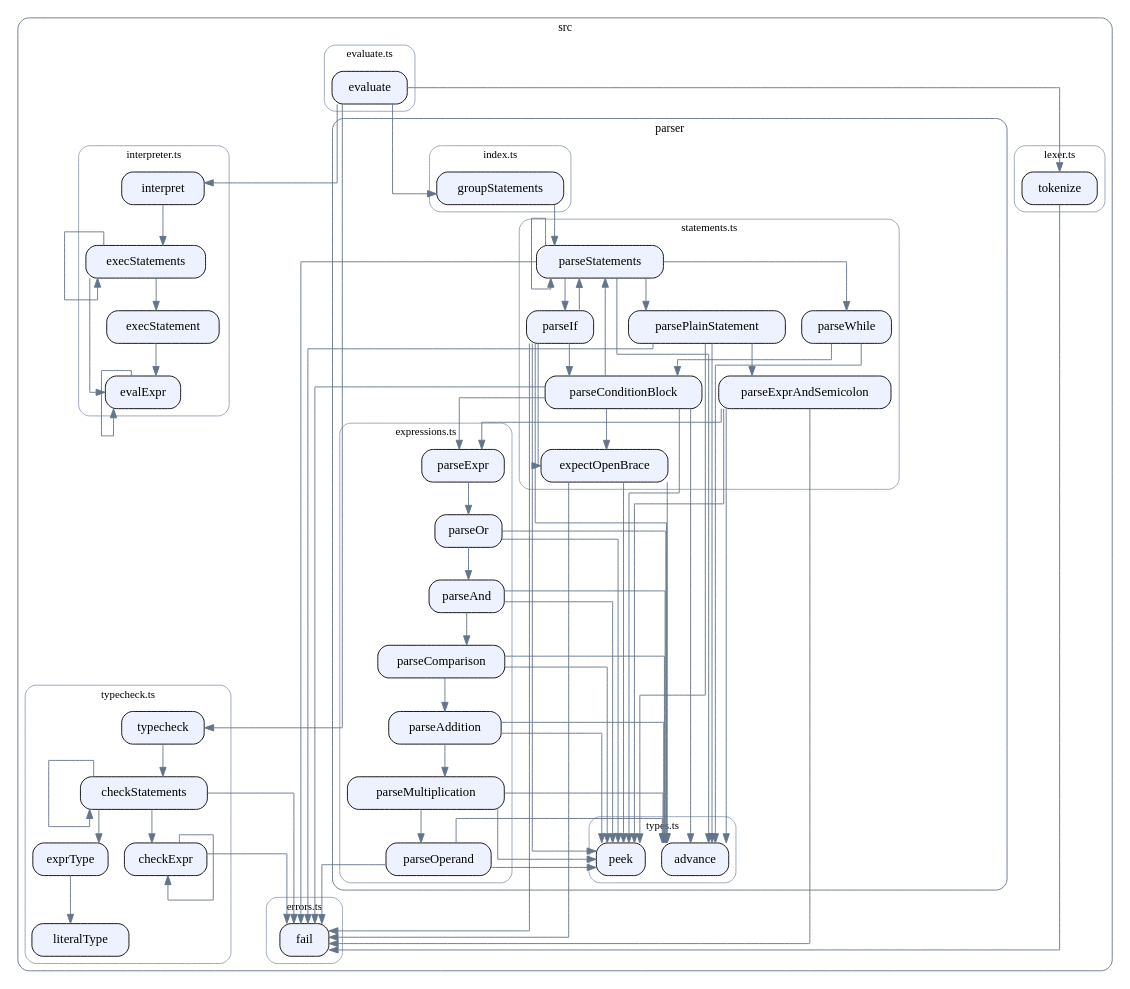
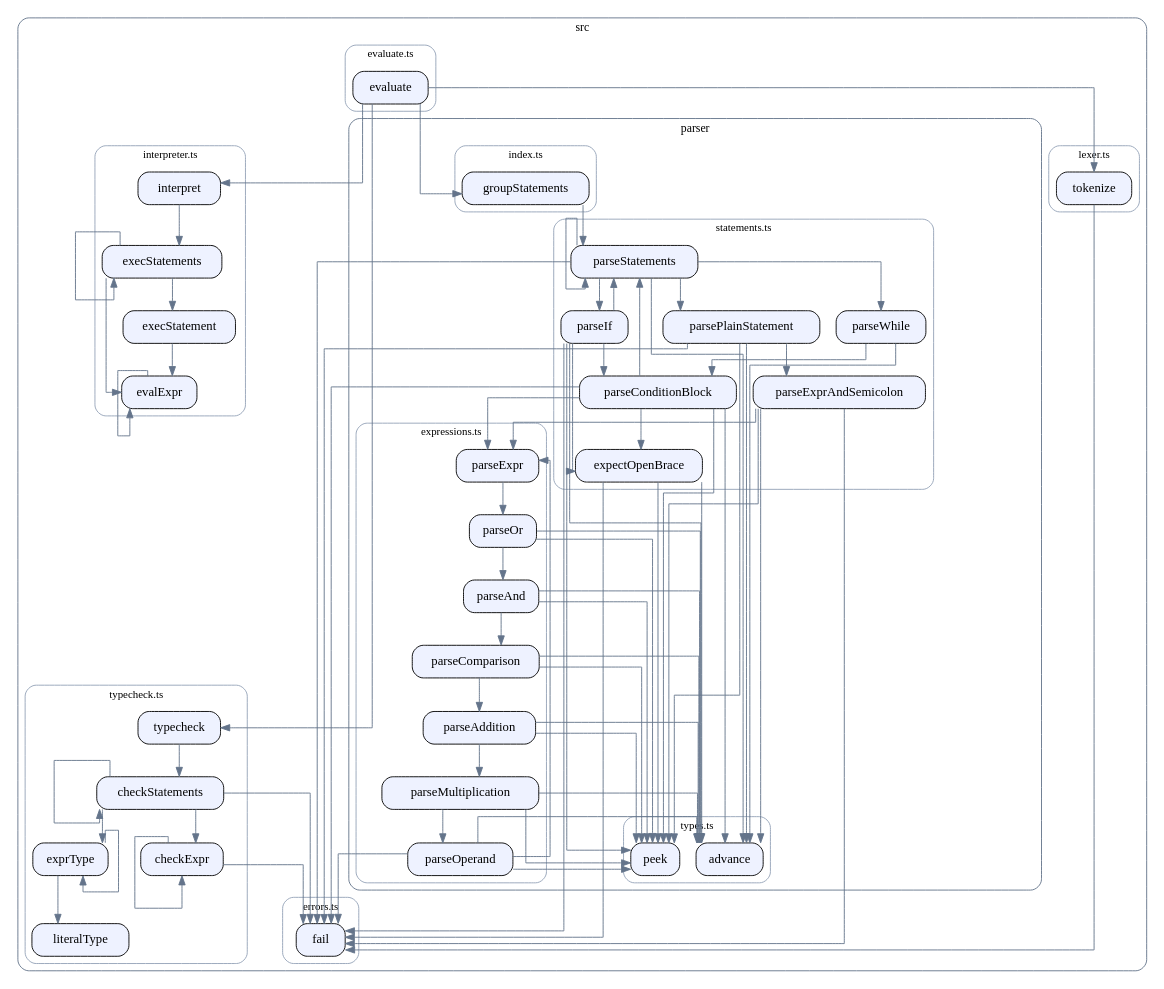
The diagram in docs/callgraph.dot (SirMathhman/Tuff), drawn with Graphviz before and after one commit. The commit also changed 7 other files, not shown here.

```diff
--- a/docs/callgraph.dot
+++ b/docs/callgraph.dot
@@ -1,182 +1,184 @@
 digraph tuff {
   rankdir=TB;
   splines=ortho;
   node [shape=box, style="rounded,filled", fillcolor="#eef2ff", fontname="Consolas"];
   edge [color="#64748b"];
   subgraph "cluster_dir_src" {
     style="rounded";
     color="#64748b";
     fontname="Consolas";
     fontsize=13;
     label="src";
   subgraph "cluster_src_errors_ts" {
     style="rounded";
     color="#94a3b8";
     fontname="Consolas";
     fontsize=12;
     label="errors.ts";
     "src\\errors.ts::fail" [label="fail"];
   }
   subgraph "cluster_src_evaluate_ts" {
     style="rounded";
     color="#94a3b8";
     fontname="Consolas";
     fontsize=12;
     label="evaluate.ts";
     "src\\evaluate.ts::evaluate" [label="evaluate"];
   }
   subgraph "cluster_src_interpreter_ts" {
     style="rounded";
     color="#94a3b8";
     fontname="Consolas";
     fontsize=12;
     label="interpreter.ts";
     "src\\interpreter.ts::evalExpr" [label="evalExpr"];
     "src\\interpreter.ts::execStatement" [label="execStatement"];
     "src\\interpreter.ts::execStatements" [label="execStatements"];
     "src\\interpreter.ts::interpret" [label="interpret"];
   }
   subgraph "cluster_src_lexer_ts" {
     style="rounded";
     color="#94a3b8";
     fontname="Consolas";
     fontsize=12;
     label="lexer.ts";
     "src\\lexer.ts::tokenize" [label="tokenize"];
   }
   subgraph "cluster_src_typecheck_ts" {
     style="rounded";
     color="#94a3b8";
     fontname="Consolas";
     fontsize=12;
     label="typecheck.ts";
     "src\\typecheck.ts::literalType" [label="literalType"];
     "src\\typecheck.ts::checkExpr" [label="checkExpr"];
     "src\\typecheck.ts::exprType" [label="exprType"];
     "src\\typecheck.ts::checkStatements" [label="checkStatements"];
     "src\\typecheck.ts::typecheck" [label="typecheck"];
   }
   subgraph "cluster_dir_src_parser" {
     style="rounded";
     color="#64748b";
     fontname="Consolas";
     fontsize=13;
     label="parser";
   subgraph "cluster_src_parser_expressions_ts" {
     style="rounded";
     color="#94a3b8";
     fontname="Consolas";
     fontsize=12;
     label="expressions.ts";
     "src\\parser\\expressions.ts::parseExpr" [label="parseExpr"];
     "src\\parser\\expressions.ts::parseOr" [label="parseOr"];
     "src\\parser\\expressions.ts::parseAnd" [label="parseAnd"];
     "src\\parser\\expressions.ts::parseComparison" [label="parseComparison"];
     "src\\parser\\expressions.ts::parseAddition" [label="parseAddition"];
     "src\\parser\\expressions.ts::parseMultiplication" [label="parseMultiplication"];
     "src\\parser\\expressions.ts::parseOperand" [label="parseOperand"];
   }
   subgraph "cluster_src_parser_index_ts" {
     style="rounded";
     color="#94a3b8";
     fontname="Consolas";
     fontsize=12;
     label="index.ts";
     "src\\parser\\index.ts::groupStatements" [label="groupStatements"];
   }
   subgraph "cluster_src_parser_statements_ts" {
     style="rounded";
     color="#94a3b8";
     fontname="Consolas";
     fontsize=12;
     label="statements.ts";
     "src\\parser\\statements.ts::parseStatements" [label="parseStatements"];
     "src\\parser\\statements.ts::parseExprAndSemicolon" [label="parseExprAndSemicolon"];
     "src\\parser\\statements.ts::expectOpenBrace" [label="expectOpenBrace"];
     "src\\parser\\statements.ts::parsePlainStatement" [label="parsePlainStatement"];
     "src\\parser\\statements.ts::parseConditionBlock" [label="parseConditionBlock"];
     "src\\parser\\statements.ts::parseIf" [label="parseIf"];
     "src\\parser\\statements.ts::parseWhile" [label="parseWhile"];
   }
   subgraph "cluster_src_parser_types_ts" {
     style="rounded";
     color="#94a3b8";
     fontname="Consolas";
     fontsize=12;
     label="types.ts";
     "src\\parser\\types.ts::peek" [label="peek"];
     "src\\parser\\types.ts::advance" [label="advance"];
   }
   }
   }
   "src\\evaluate.ts::evaluate" -> "src\\lexer.ts::tokenize";
   "src\\evaluate.ts::evaluate" -> "src\\parser\\index.ts::groupStatements";
   "src\\evaluate.ts::evaluate" -> "src\\typecheck.ts::typecheck";
   "src\\evaluate.ts::evaluate" -> "src\\interpreter.ts::interpret";
   "src\\interpreter.ts::evalExpr" -> "src\\interpreter.ts::evalExpr";
   "src\\interpreter.ts::execStatement" -> "src\\interpreter.ts::evalExpr";
   "src\\interpreter.ts::execStatements" -> "src\\interpreter.ts::execStatements";
   "src\\interpreter.ts::execStatements" -> "src\\interpreter.ts::evalExpr";
   "src\\interpreter.ts::execStatements" -> "src\\interpreter.ts::execStatement";
   "src\\interpreter.ts::interpret" -> "src\\interpreter.ts::execStatements";
   "src\\lexer.ts::tokenize" -> "src\\errors.ts::fail";
   "src\\parser\\expressions.ts::parseExpr" -> "src\\parser\\expressions.ts::parseOr";
   "src\\parser\\expressions.ts::parseOr" -> "src\\parser\\expressions.ts::parseAnd";
   "src\\parser\\expressions.ts::parseOr" -> "src\\parser\\types.ts::peek";
   "src\\parser\\expressions.ts::parseOr" -> "src\\parser\\types.ts::advance";
   "src\\parser\\expressions.ts::parseAnd" -> "src\\parser\\expressions.ts::parseComparison";
   "src\\parser\\expressions.ts::parseAnd" -> "src\\parser\\types.ts::peek";
   "src\\parser\\expressions.ts::parseAnd" -> "src\\parser\\types.ts::advance";
   "src\\parser\\expressions.ts::parseComparison" -> "src\\parser\\expressions.ts::parseAddition";
   "src\\parser\\expressions.ts::parseComparison" -> "src\\parser\\types.ts::peek";
   "src\\parser\\expressions.ts::parseComparison" -> "src\\parser\\types.ts::advance";
   "src\\parser\\expressions.ts::parseAddition" -> "src\\parser\\expressions.ts::parseMultiplication";
   "src\\parser\\expressions.ts::parseAddition" -> "src\\parser\\types.ts::peek";
   "src\\parser\\expressions.ts::parseAddition" -> "src\\parser\\types.ts::advance";
   "src\\parser\\expressions.ts::parseMultiplication" -> "src\\parser\\expressions.ts::parseOperand";
   "src\\parser\\expressions.ts::parseMultiplication" -> "src\\parser\\types.ts::peek";
   "src\\parser\\expressions.ts::parseMultiplication" -> "src\\parser\\types.ts::advance";
   "src\\parser\\expressions.ts::parseOperand" -> "src\\parser\\types.ts::peek";
   "src\\parser\\expressions.ts::parseOperand" -> "src\\errors.ts::fail";
   "src\\parser\\expressions.ts::parseOperand" -> "src\\parser\\types.ts::advance";
+  "src\\parser\\expressions.ts::parseOperand" -> "src\\parser\\expressions.ts::parseExpr";
   "src\\parser\\index.ts::groupStatements" -> "src\\parser\\statements.ts::parseStatements";
   "src\\parser\\statements.ts::parseStatements" -> "src\\parser\\types.ts::advance";
   "src\\parser\\statements.ts::parseStatements" -> "src\\parser\\statements.ts::parseStatements";
   "src\\parser\\statements.ts::parseStatements" -> "src\\errors.ts::fail";
   "src\\parser\\statements.ts::parseStatements" -> "src\\parser\\statements.ts::parseIf";
   "src\\parser\\statements.ts::parseStatements" -> "src\\parser\\statements.ts::parseWhile";
   "src\\parser\\statements.ts::parseStatements" -> "src\\parser\\statements.ts::parsePlainStatement";
   "src\\parser\\statements.ts::parseExprAndSemicolon" -> "src\\parser\\expressions.ts::parseExpr";
   "src\\parser\\statements.ts::parseExprAndSemicolon" -> "src\\parser\\types.ts::peek";
   "src\\parser\\statements.ts::parseExprAndSemicolon" -> "src\\errors.ts::fail";
   "src\\parser\\statements.ts::parseExprAndSemicolon" -> "src\\parser\\types.ts::advance";
   "src\\parser\\statements.ts::expectOpenBrace" -> "src\\parser\\types.ts::peek";
   "src\\parser\\statements.ts::expectOpenBrace" -> "src\\errors.ts::fail";
   "src\\parser\\statements.ts::expectOpenBrace" -> "src\\parser\\types.ts::advance";
   "src\\parser\\statements.ts::parsePlainStatement" -> "src\\parser\\types.ts::peek";
   "src\\parser\\statements.ts::parsePlainStatement" -> "src\\errors.ts::fail";
   "src\\parser\\statements.ts::parsePlainStatement" -> "src\\parser\\types.ts::advance";
   "src\\parser\\statements.ts::parsePlainStatement" -> "src\\parser\\statements.ts::parseExprAndSemicolon";
   "src\\parser\\statements.ts::parseConditionBlock" -> "src\\parser\\types.ts::peek";
   "src\\parser\\statements.ts::parseConditionBlock" -> "src\\errors.ts::fail";
   "src\\parser\\statements.ts::parseConditionBlock" -> "src\\parser\\types.ts::advance";
   "src\\parser\\statements.ts::parseConditionBlock" -> "src\\parser\\expressions.ts::parseExpr";
   "src\\parser\\statements.ts::parseConditionBlock" -> "src\\parser\\statements.ts::expectOpenBrace";
   "src\\parser\\statements.ts::parseConditionBlock" -> "src\\parser\\statements.ts::parseStatements";
   "src\\parser\\statements.ts::parseIf" -> "src\\parser\\types.ts::advance";
   "src\\parser\\statements.ts::parseIf" -> "src\\parser\\statements.ts::parseConditionBlock";
   "src\\parser\\statements.ts::parseIf" -> "src\\parser\\types.ts::peek";
   "src\\parser\\statements.ts::parseIf" -> "src\\parser\\statements.ts::expectOpenBrace";
   "src\\parser\\statements.ts::parseIf" -> "src\\parser\\statements.ts::parseStatements";
   "src\\parser\\statements.ts::parseIf" -> "src\\errors.ts::fail";
   "src\\parser\\statements.ts::parseWhile" -> "src\\parser\\types.ts::advance";
   "src\\parser\\statements.ts::parseWhile" -> "src\\parser\\statements.ts::parseConditionBlock";
+  "src\\typecheck.ts::checkExpr" -> "src\\typecheck.ts::checkExpr";
   "src\\typecheck.ts::checkExpr" -> "src\\errors.ts::fail";
-  "src\\typecheck.ts::checkExpr" -> "src\\typecheck.ts::checkExpr";
   "src\\typecheck.ts::exprType" -> "src\\typecheck.ts::literalType";
+  "src\\typecheck.ts::exprType" -> "src\\typecheck.ts::exprType";
   "src\\typecheck.ts::checkStatements" -> "src\\typecheck.ts::checkExpr";
   "src\\typecheck.ts::checkStatements" -> "src\\typecheck.ts::exprType";
   "src\\typecheck.ts::checkStatements" -> "src\\errors.ts::fail";
   "src\\typecheck.ts::checkStatements" -> "src\\typecheck.ts::checkStatements";
   "src\\typecheck.ts::typecheck" -> "src\\typecheck.ts::checkStatements";
 }
```
